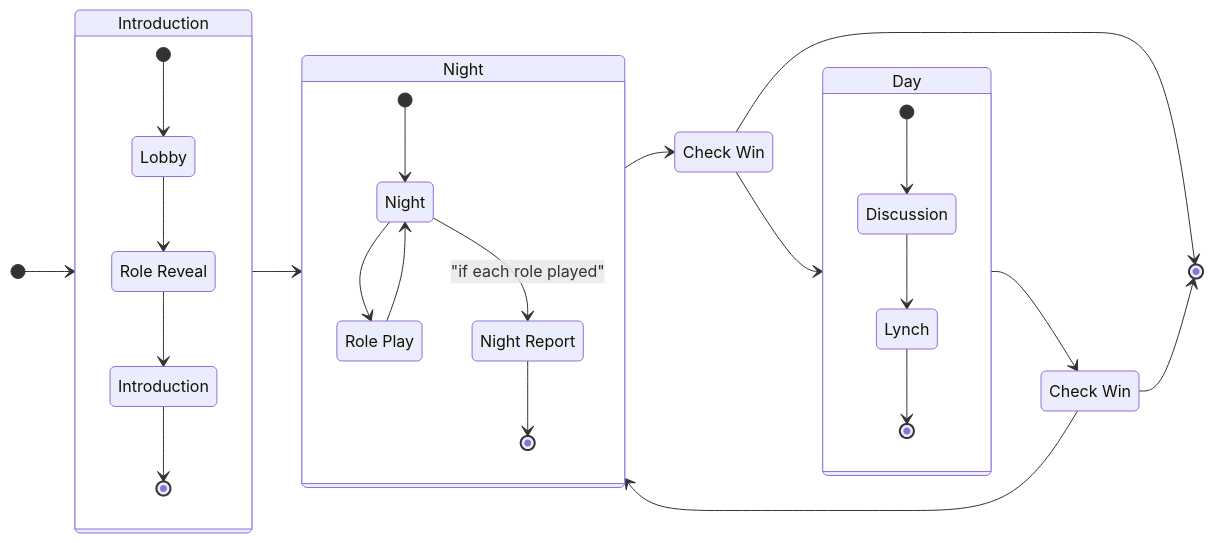
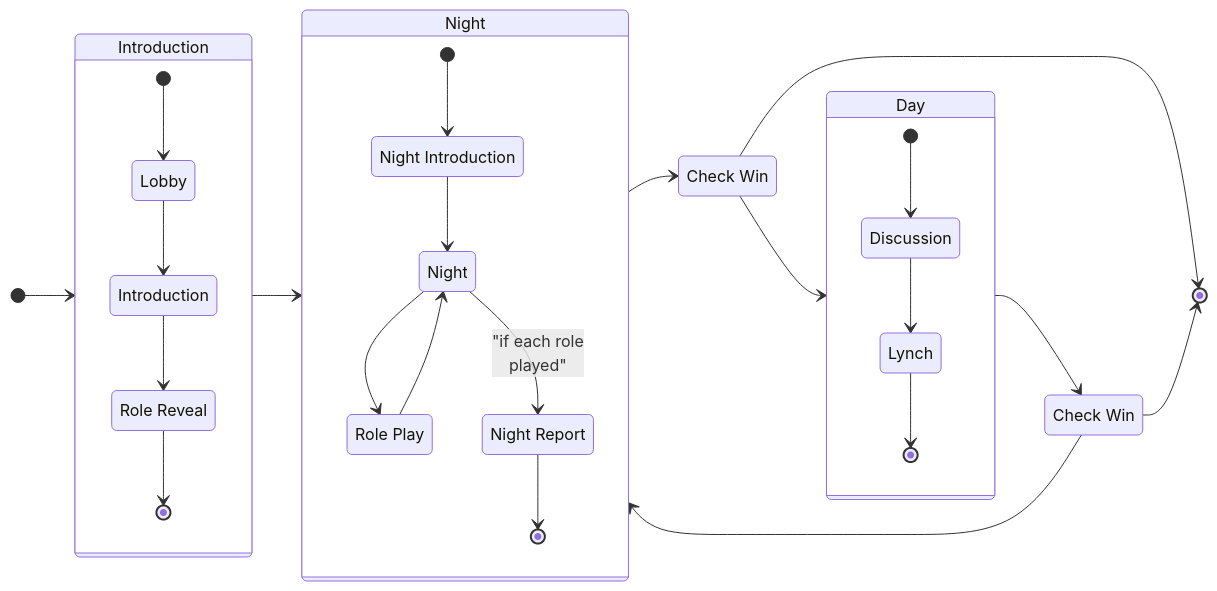
The diagram in Documentation/Diagram/low_level_state_diagram.mmd (rivaPolimi/LLMinFabula), drawn with Mermaid before and after one commit. The commit also changed 15 other files, not shown here.

```diff
--- a/Documentation/Diagram/low_level_state_diagram.mmd
+++ b/Documentation/Diagram/low_level_state_diagram.mmd
@@ -1,44 +1,46 @@
 stateDiagram-v2
     direction LR
     state Introduction {
         state "Role Reveal" as role
         state "Introduction" as intro
         [*] --> Lobby
-        Lobby --> role
-        role --> intro
-        intro --> [*]
+        Lobby --> intro
+        intro --> role
+        role --> [*]
     }
 
     state Night {
+        state "Night Introduction" as night_intro
         state "Night" as night
         state "Role Play" as action
         state "Night Report" as report
 
-        [*] --> night
+        [*] --> night_intro
+        night_intro --> night
         night --> action
         action --> night
-        night --> report: "if each role played"
+        night --> report: "if each role<br> played"
         report --> [*]
     }
 
     state "Check Win" as checkDay
     state "Check Win" as checkNight
 
     state Day {
         state Discussion
         state Lynch
 
         [*] --> Discussion
         Discussion --> Lynch
         Lynch --> [*]
     }
 
     [*] --> Introduction
     Introduction --> Night
     Night --> checkNight
     Day --> checkDay
     checkNight --> Day
     checkDay --> Night
 
     checkDay --> [*]
     checkNight --> [*]
```
